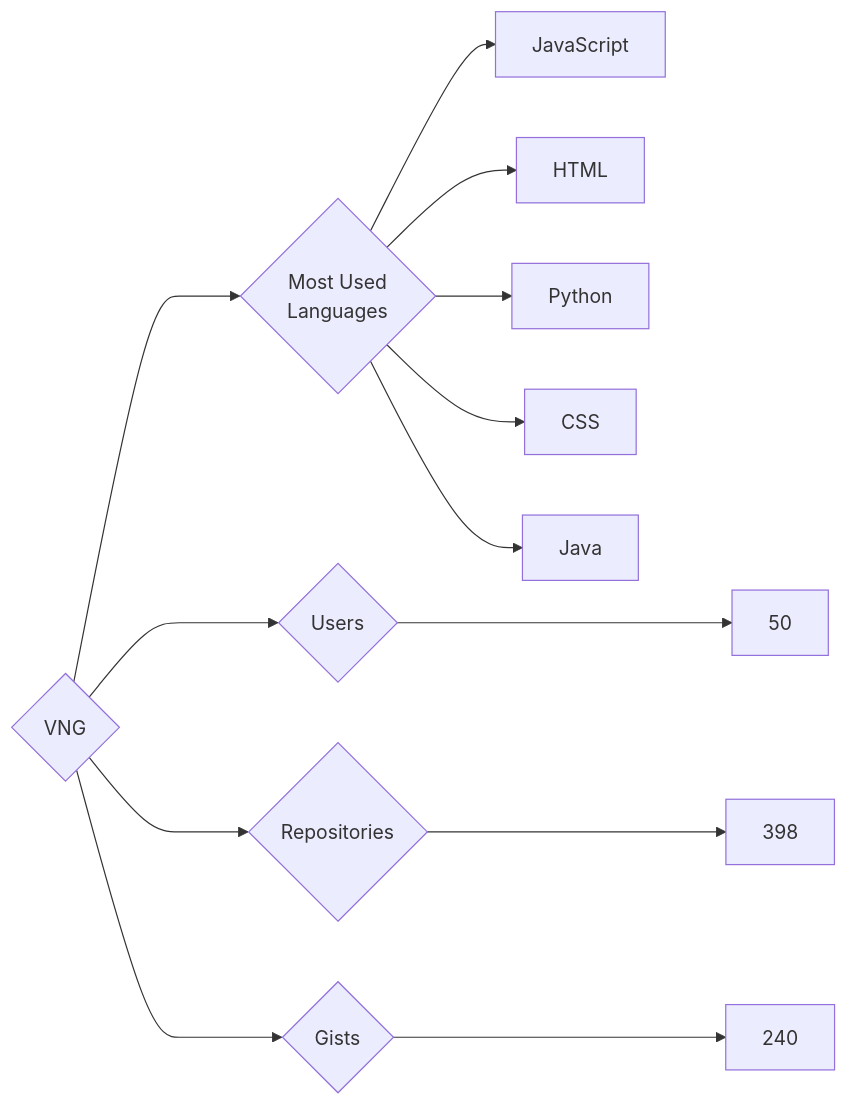
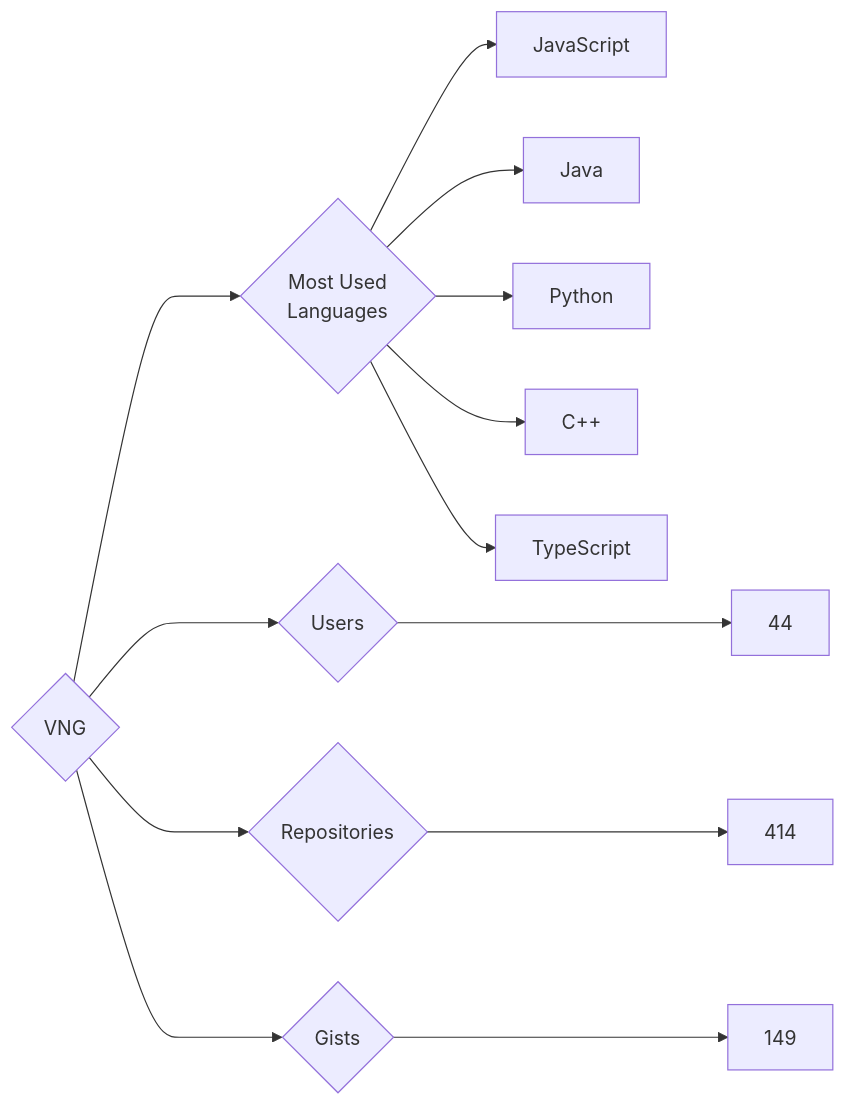
The diagram in targets/VNG/README.md (trickest/insiders), drawn with Mermaid before and after one commit. The commit also changed 877 other files, not shown here.

````diff
--- a/targets/VNG/README.md
+++ b/targets/VNG/README.md
@@ -3,13 +3,13 @@
 ```mermaid
 graph LR
 COMPANY_NAME{VNG}
-COMPANY_NAME ---> U{Users} ---> UN[50]
-COMPANY_NAME ---> R{Repositories} ---> RN[398]
-COMPANY_NAME ---> G{Gists} ---> GN[240]
+COMPANY_NAME ---> U{Users} ---> UN[44]
+COMPANY_NAME ---> R{Repositories} ---> RN[414]
+COMPANY_NAME ---> G{Gists} ---> GN[149]
 COMPANY_NAME ---> ML{Most Used<br>Languages}
 ML --> JavaScript[JavaScript]
-ML --> HTML[HTML]
+ML --> Java[Java]
 ML --> Python[Python]
-ML --> CSS[CSS]
-ML --> Java[Java]
+ML --> C++[C++]
+ML --> TypeScript[TypeScript]
 ```
````
